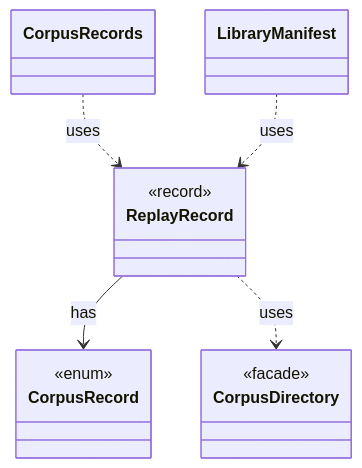
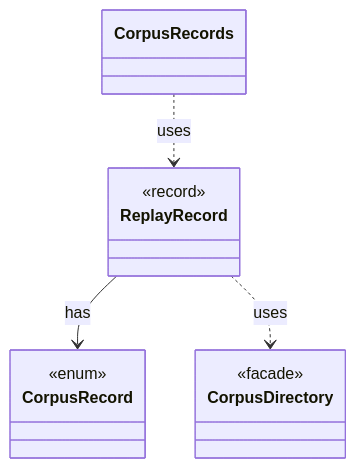
Before and after one commit to tlaplus/model-checker-hardening: the diagram in dev/types/io.github.tlaplus.hardening.workflow.ReplayRecord.md, drawn with Mermaid. The commit also changed other lines of this file and 413 other files, not shown here.

````diff
--- a/dev/types/io.github.tlaplus.hardening.workflow.ReplayRecord.md
+++ b/dev/types/io.github.tlaplus.hardening.workflow.ReplayRecord.md
@@ -7,18 +9,16 @@
 ```mermaid
 classDiagram
   class ReplayRecord {
     <<record>>
   }
   class CorpusRecord {
     <<enum>>
   }
   class CorpusDirectory {
     <<facade>>
   }
   class CorpusRecords
-  class LibraryManifest
   ReplayRecord --> CorpusRecord : has
   ReplayRecord ..> CorpusDirectory : uses
   CorpusRecords ..> ReplayRecord : uses
-  LibraryManifest ..> ReplayRecord : uses
 ```
````
